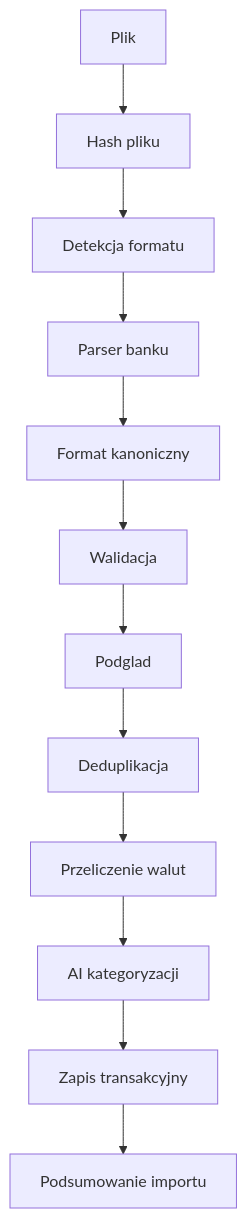
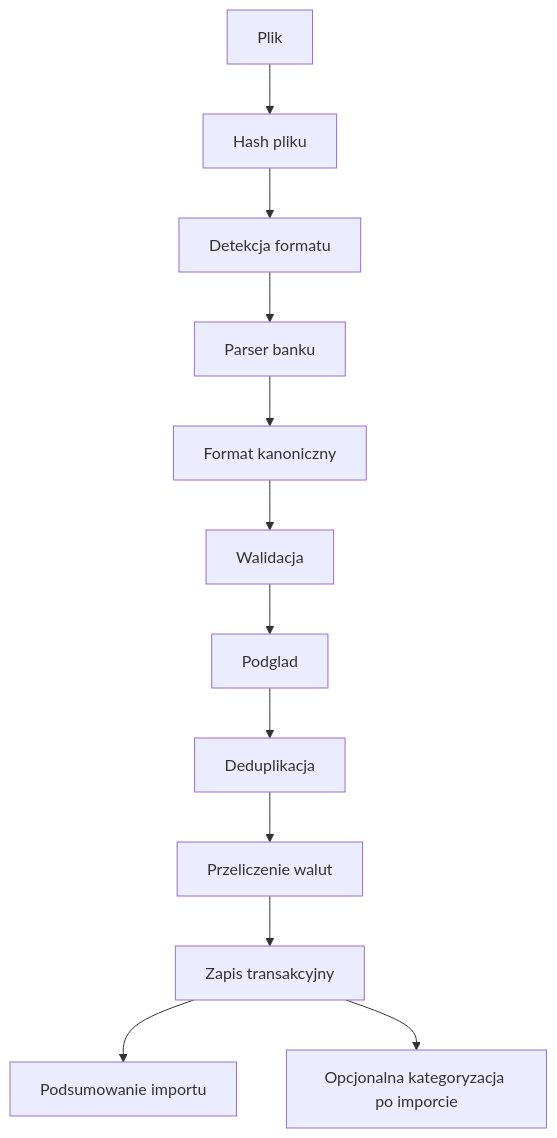
The diagram in docs/06_IMPORTS.md (ig0k0/aplikacja-finansowa), drawn with Mermaid before and after one commit. The commit also changed other lines of this file and 67 other files, not shown here.

````diff
--- a/docs/06_IMPORTS.md
+++ b/docs/06_IMPORTS.md
@@ -55,14 +55,14 @@
 ```mermaid
 flowchart TD
   file["Plik"] --> checksum["Hash pliku"]
   checksum --> detect["Detekcja formatu"]
   detect --> parser["Parser banku"]
   parser --> canonical["Format kanoniczny"]
   canonical --> validation["Walidacja"]
   validation --> preview["Podglad"]
   preview --> dedupe["Deduplikacja"]
   dedupe --> fx["Przeliczenie walut"]
-  fx --> ai["AI kategoryzacji"]
-  ai --> commit["Zapis transakcyjny"]
+  fx --> commit["Zapis transakcyjny"]
   commit --> summary["Podsumowanie importu"]
+  commit --> ai["Opcjonalna kategoryzacja po imporcie"]
 ```
````
